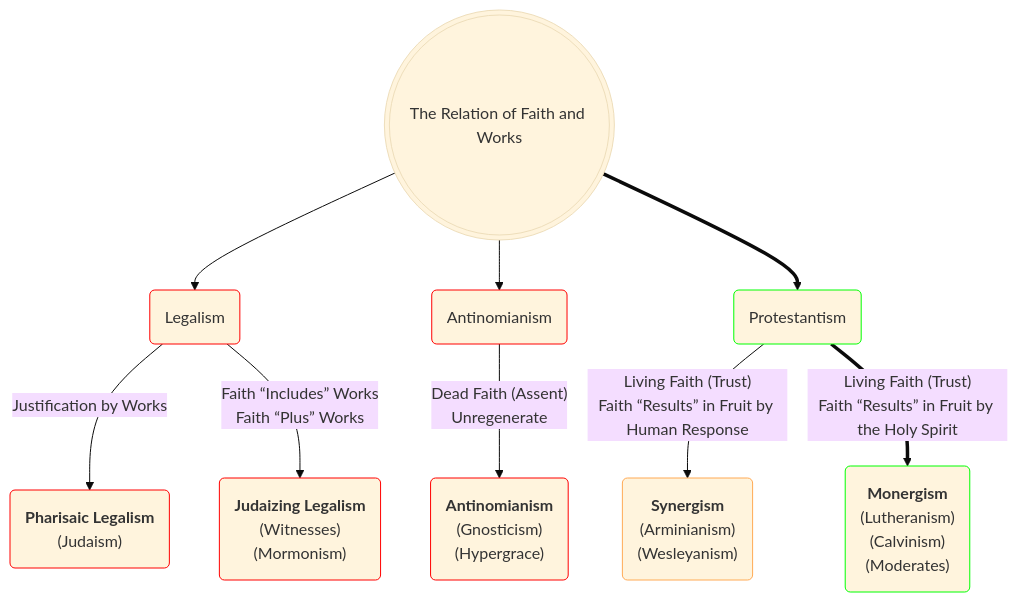
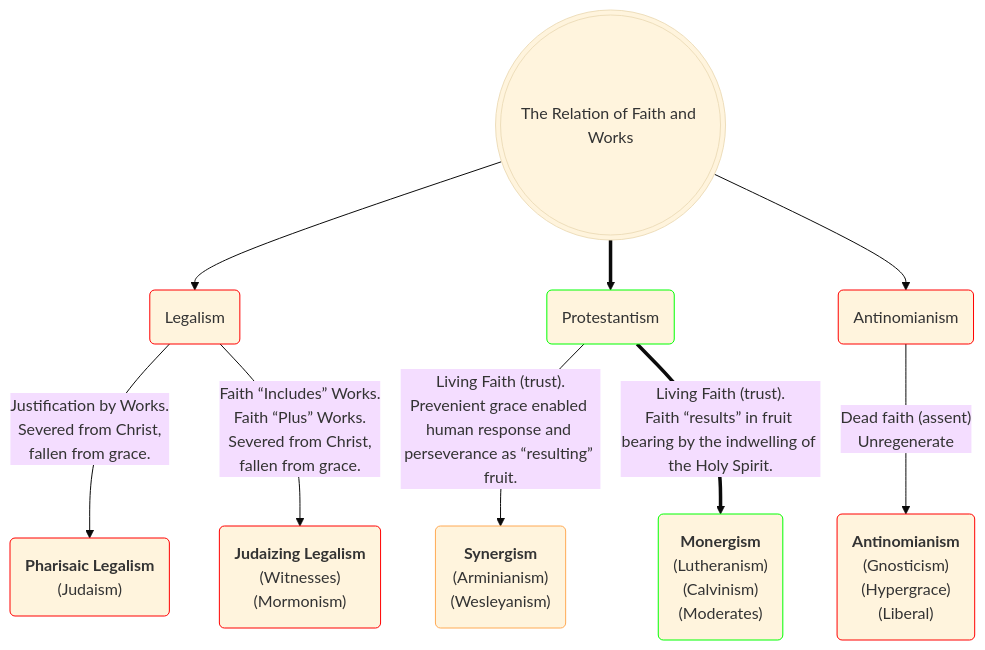
Before and after one commit to OrdoLuminis/ordoluminis.github.io: the first of 2 diagrams in _posts/2025-08-03-historic-protestant-position.markdown, drawn with Mermaid (base theme). The commit also changed other lines of this file, not shown here.

Commit message:
mermaid additions

````diff
--- a/_posts/2025-08-03-historic-protestant-position.markdown
+++ b/_posts/2025-08-03-historic-protestant-position.markdown
@@ -51,15 +51,16 @@
 ```mermaid
 flowchart TD
     A(((The Relation of Faith and Works)))
     A -->B(Legalism):::red
-    A -->C(Antinomianism):::red
-    A ==>D(Protestantism):::green
-    B -->|Justification by Works| E(<strong>Pharisaic Legalism</strong><br>&lpar;Judaism&rpar;):::red
-    B -->|Faith &ldquo;Includes&rdquo; Works<br>Faith &ldquo;Plus&rdquo; Works| F(<strong>Judaizing Legalism</strong><br>&lpar;Witnesses&rpar;<br>&lpar;Mormonism&rpar;):::red
-    C -->|Dead Faith &lpar;Assent&rpar;<br>Unregenerate| G(<strong>Antinomianism</strong><br>&lpar;Gnosticism&rpar;<br>&lpar;Hypergrace&rpar;):::red
-    D -->|Living Faith &lpar;Trust&rpar;<br>Faith &ldquo;Results&rdquo; in Fruit by Human Response| H(<strong>Synergism</strong><br>&lpar;Arminianism&rpar;<br>&lpar;Wesleyanism&rpar;):::blue
-    D ==>|Living Faith &lpar;Trust&rpar;<br>Faith &ldquo;Results&rdquo; in Fruit by the Holy Spirit| I(<strong>Monergism</strong><br>&lpar;Lutheranism&rpar;<br>&lpar;Calvinism&rpar;<br>&lpar;Moderates&rpar;):::green
+    A ==>C(Protestantism):::green
+    A -->D(Antinomianism):::red
+    B -->|Justification by Works.<br>Severed from Christ,<br>fallen from grace.| E(<strong>Pharisaic Legalism</strong><br>&lpar;Judaism&rpar;):::red
+    B -->|Faith &ldquo;Includes&rdquo; Works.<br>Faith &ldquo;Plus&rdquo; Works.<br>Severed from Christ,<br>fallen from grace.| F(<strong>Judaizing Legalism</strong><br>&lpar;Witnesses&rpar;<br>&lpar;Mormonism&rpar;):::red
+    C -->|Living Faith &lpar;trust&rpar;.<br>Prevenient grace enabled human response and perseverance as &ldquo;resulting&rdquo; fruit.| H(<strong>Synergism</strong><br>&lpar;Arminianism&rpar;<br>&lpar;Wesleyanism&rpar;):::orange
+    C ==>|Living Faith &lpar;trust&rpar;.<br>Faith &ldquo;results&rdquo; in fruit bearing by the indwelling of the Holy Spirit.| I(<strong>Monergism</strong><br>&lpar;Lutheranism&rpar;<br>&lpar;Calvinism&rpar;<br>&lpar;Moderates&rpar;):::green
+    D -->|Dead faith &lpar;assent&rpar;<br>Unregenerate| G(<strong>Antinomianism</strong><br>&lpar;Gnosticism&rpar;<br>&lpar;Hypergrace&rpar;<br>&lpar;Liberal&rpar;):::red
     classDef red stroke:#f00
     classDef green stroke:#0f0
-    classDef blue stroke:#fa5
+    classDef lightgreen stroke:#Bf0
+    classDef orange stroke:#fa5
 ```
````
